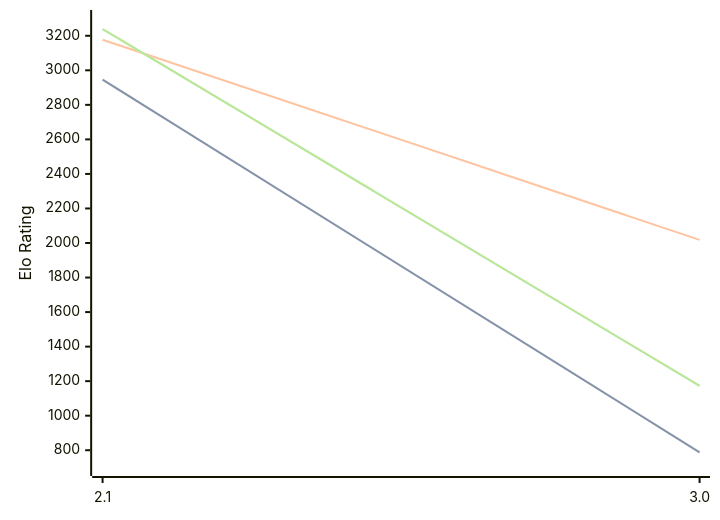
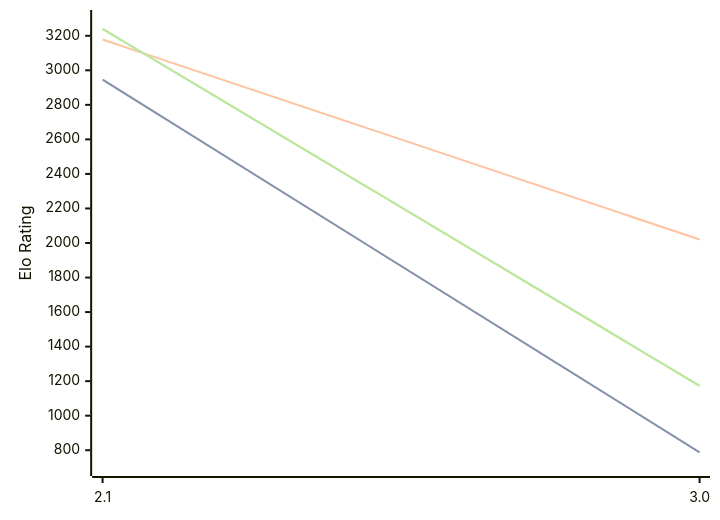
The first of 3 diagrams in engines/Quirky.md (computer-chess-index/cci), drawn with Mermaid before and after one commit. The commit also changed other lines of this file, not shown here.

Commit message:
Update CCI Ratings (ELO VLTC) - 2026-06-24

````diff
--- a/engines/Quirky.md
+++ b/engines/Quirky.md
@@ -34,11 +34,11 @@
 ```mermaid
 %%{init: {"theme":"base","themeVariables":{"seriesColors:['#a3a3a3','#222221','#faa371']}}}%%
 xychart-beta
   x-axis ["2.1", "3.0"]
   y-axis "Elo Rating" 700 --> 3300
   line "STC (8.0+0.08s)" [2946, 788]
   line "STC (8.0+0.08s)" [2946, 788]
-  line "LTC (60.0+0.60s)" [3177, 2018]
-  line "VLTC (2m24s+1.12s)" [3239, 1173]
-  line "VLTC (2m24s+1.12s)" [3239, 1173]
+  line "LTC (60.0+0.60s)" [3178, 2020]
+  line "VLTC (2m24s+1.12s)" [3240, 1173]
+  line "VLTC (2m24s+1.12s)" [3240, 1173]
 ```
````
